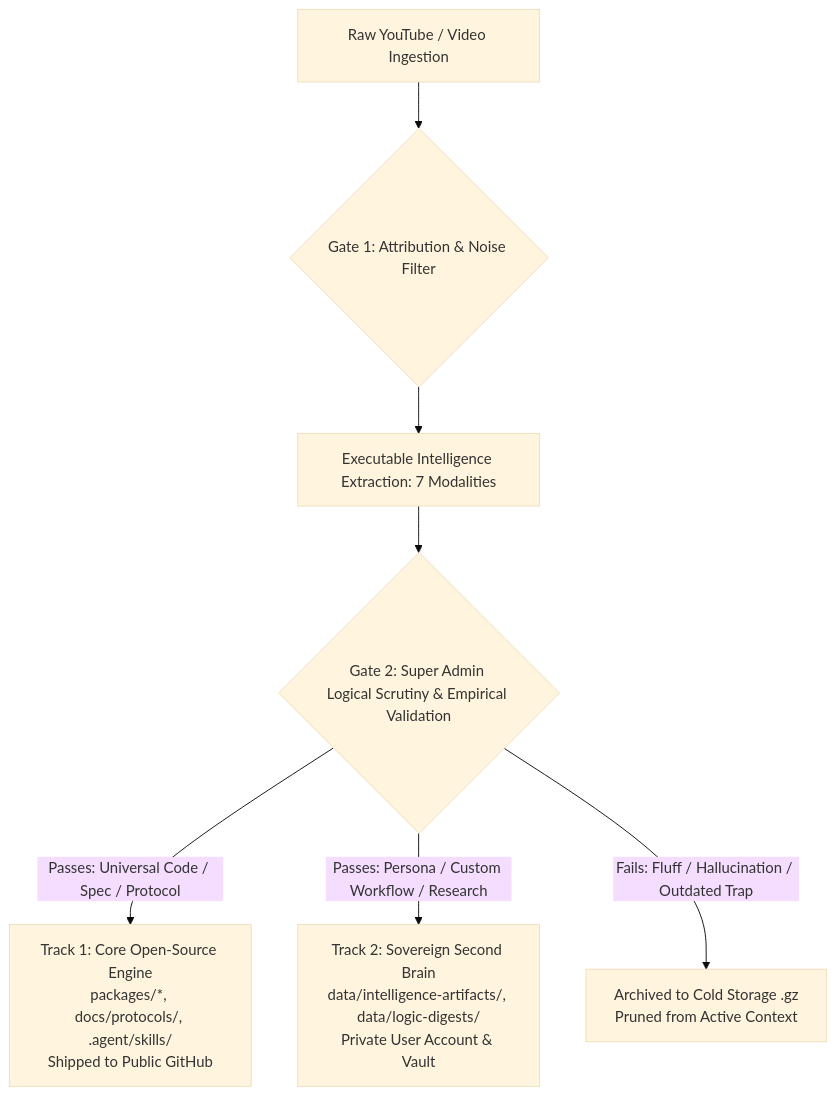
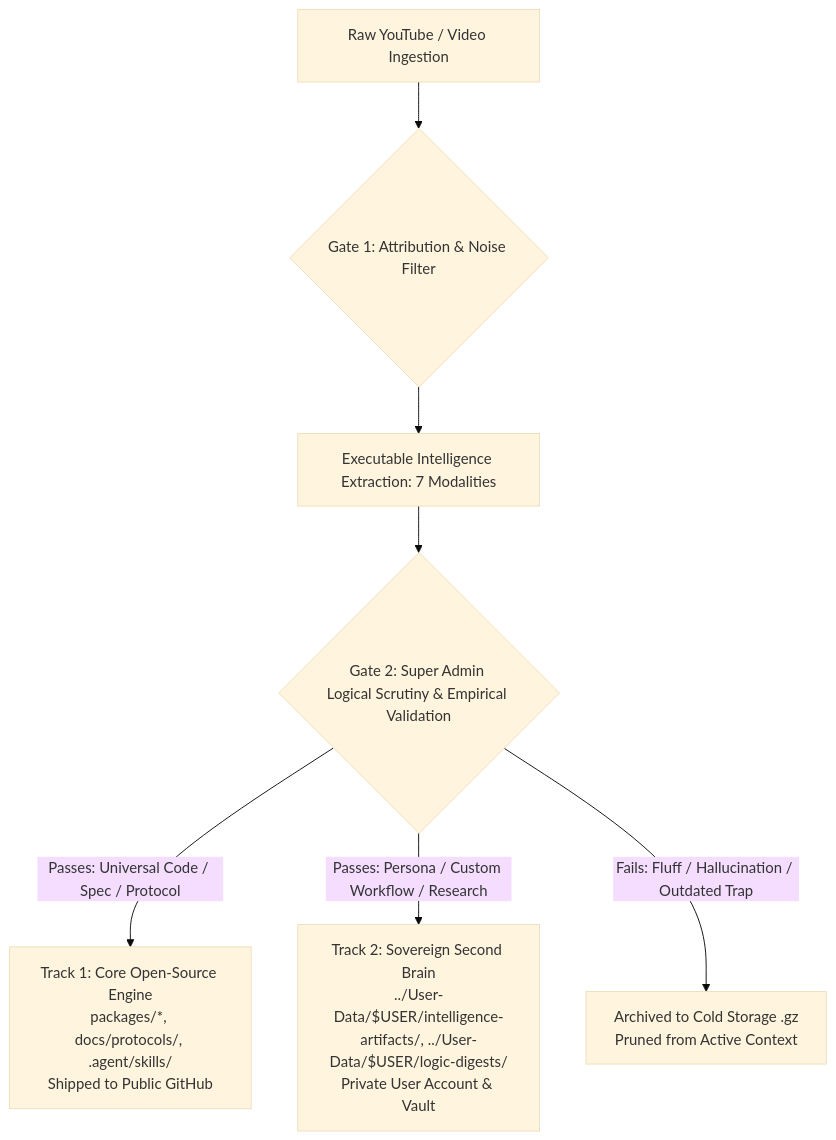
One commit to whodaniel/The-New-Fuse changed the diagram in docs/protocols/SOVEREIGN_DISTILLATION_AND_DUAL_TRACK_PROTOCOL.md. Above: the diagram before and after it, drawn with Mermaid (base theme). The commit also changed other lines of this file and 927 other files, not shown here.

Commit message:
refactor(core): migrate intelligence artifacts and private user data out of repo to User-Data

````diff
--- a/docs/protocols/SOVEREIGN_DISTILLATION_AND_DUAL_TRACK_PROTOCOL.md
+++ b/docs/protocols/SOVEREIGN_DISTILLATION_AND_DUAL_TRACK_PROTOCOL.md
@@ -25,12 +25,12 @@
 ```mermaid
 flowchart TD
     Raw[Raw YouTube / Video Ingestion] --> G1{Gate 1: Attribution & Noise Filter}
 
     G1 --> Extraction[Executable Intelligence Extraction: 7 Modalities]
 
     Extraction --> Scrutiny{Gate 2: Super Admin Logical Scrutiny & Empirical Validation}
 
     Scrutiny -->|Passes: Universal Code / Spec / Protocol| Track1[Track 1: Core Open-Source Engine<br/>packages/*, docs/protocols/, .agent/skills/<br/>Shipped to Public GitHub]
-    Scrutiny -->|Passes: Persona / Custom Workflow / Research| Track2[Track 2: Sovereign Second Brain<br/>data/intelligence-artifacts/, data/logic-digests/<br/>Private User Account & Vault]
+    Scrutiny -->|Passes: Persona / Custom Workflow / Research| Track2[Track 2: Sovereign Second Brain<br/>../User-Data/$USER/intelligence-artifacts/, ../User-Data/$USER/logic-digests/<br/>Private User Account & Vault]
     Scrutiny -->|Fails: Fluff / Hallucination / Outdated Trap| Prune[Archived to Cold Storage .gz<br/>Pruned from Active Context]
 ```
````
